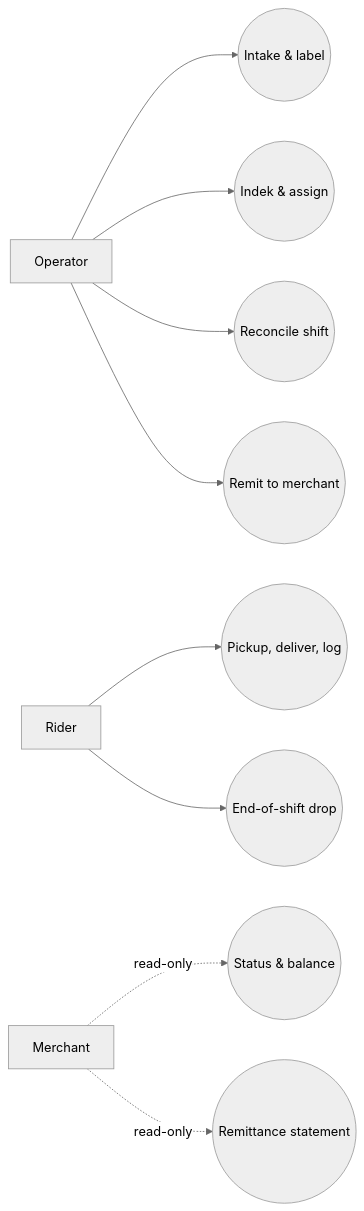
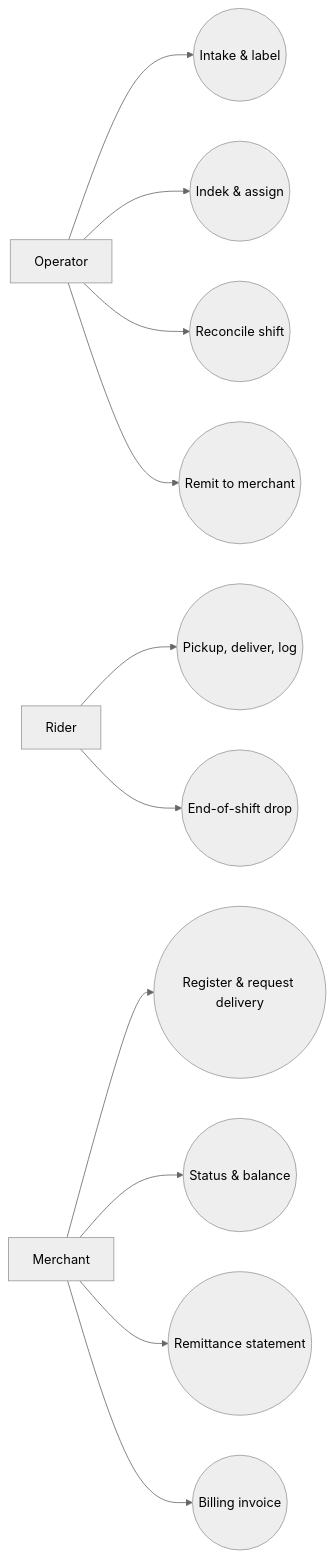
One commit to Daniishkhan/indek changed the diagram in docs/product/01-prd.md. Above: the diagram before and after it, drawn with Mermaid (neutral theme). The commit also changed other lines of this file and 31 other files, not shown here.

````diff
--- a/docs/product/01-prd.md
+++ b/docs/product/01-prd.md
@@ -162,11 +201,13 @@
 ```mermaid
 flowchart LR
   Operator[Operator] --> Intake((Intake & label))
   Operator --> Indek((Indek & assign))
   Operator --> Reconcile((Reconcile shift))
   Operator --> Remit((Remit to merchant))
   Rider[Rider] --> Execute((Pickup, deliver, log))
   Rider --> Drop((End-of-shift drop))
-  Merchant[Merchant] -.read-only.-> Status((Status & balance))
-  Merchant -.read-only.-> Statement((Remittance statement))
+  Merchant[Merchant] --> Request((Register & request delivery))
+  Merchant --> Status((Status & balance))
+  Merchant --> Statement((Remittance statement))
+  Merchant --> Invoice((Billing invoice))
 ```
````
